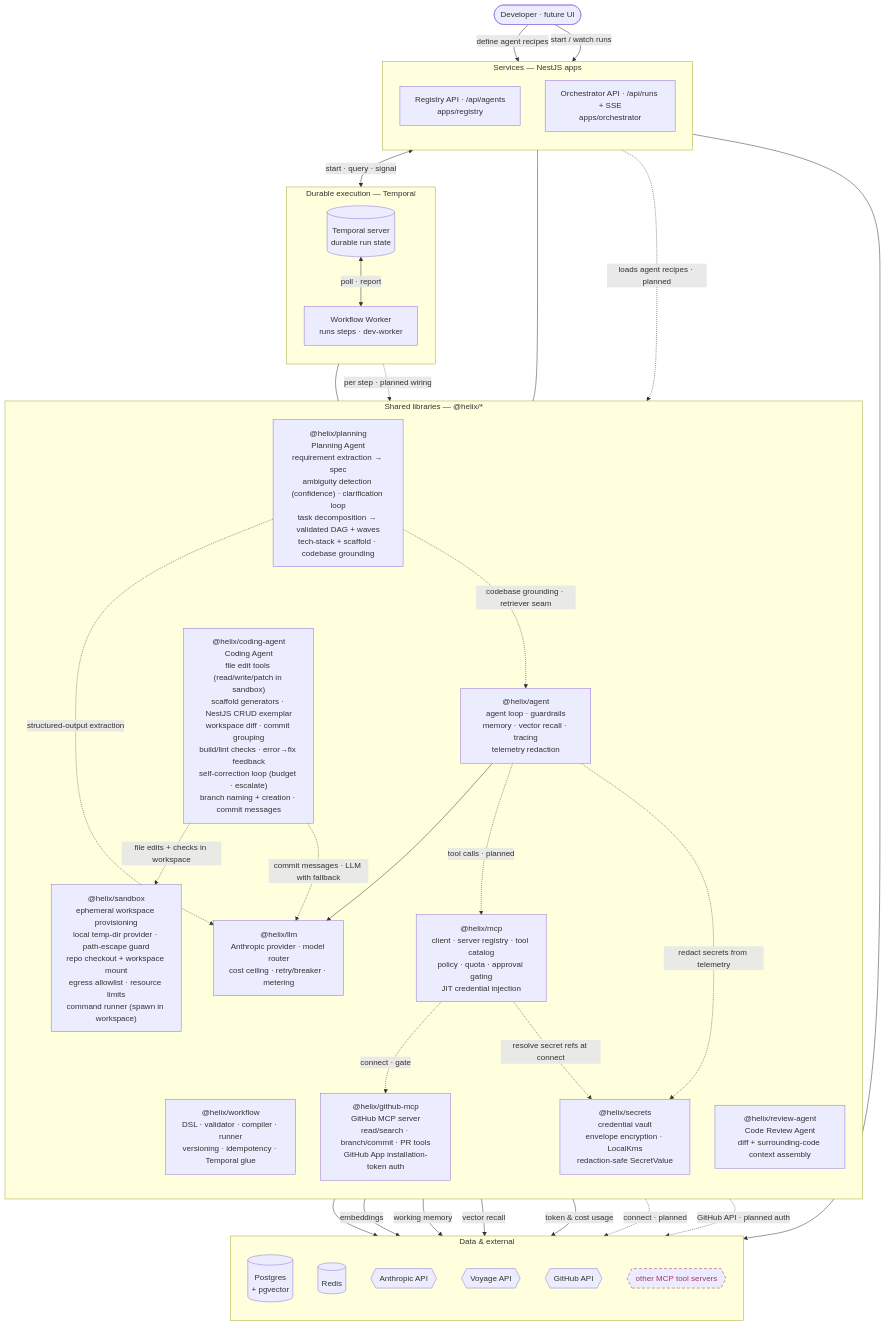
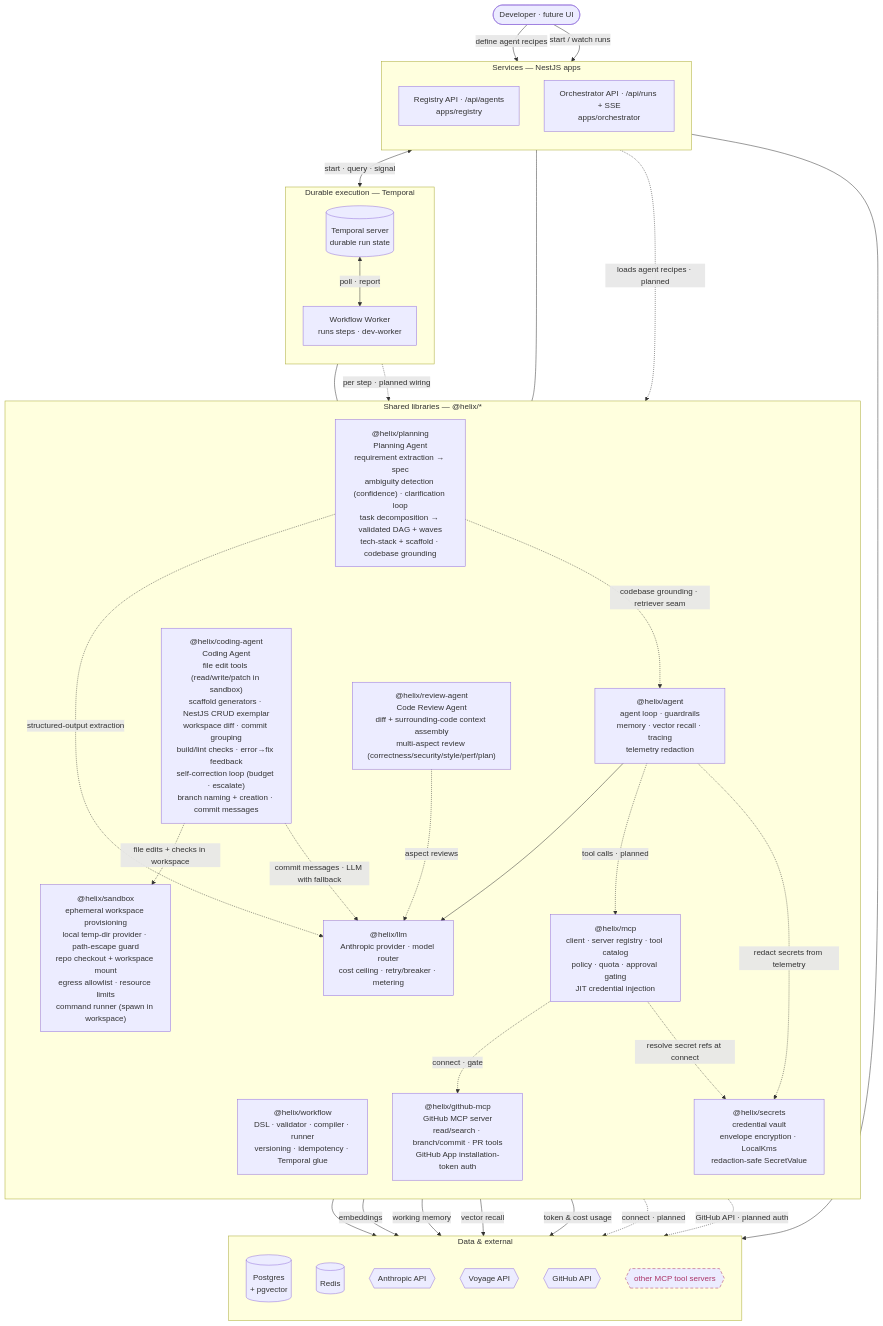
The first of 2 diagrams in docs/ARCHITECTURE.md (shhashhank/helix), drawn with Mermaid before and after one commit. The commit also changed 4 other files, not shown here.

First line of the commit message:
HELIX-112: multi-aspect review prompts (#74)

````diff
--- a/docs/ARCHITECTURE.md
+++ b/docs/ARCHITECTURE.md
@@ -16,69 +16,70 @@
 ```mermaid
 flowchart TB
   user([Developer · future UI])
 
   subgraph svc["Services — NestJS apps"]
     direction TB
     reg["Registry API · /api/agents<br/>apps/registry"]
     orc["Orchestrator API · /api/runs + SSE<br/>apps/orchestrator"]
   end
 
   subgraph dur["Durable execution — Temporal"]
     direction TB
     tmp[("Temporal server<br/>durable run state")]
     wkr["Workflow Worker<br/>runs steps · dev-worker"]
   end
 
   subgraph lib["Shared libraries — @helix/*"]
     direction TB
     wf["@helix/workflow<br/>DSL · validator · compiler · runner<br/>versioning · idempotency · Temporal glue"]
     ag["@helix/agent<br/>agent loop · guardrails<br/>memory · vector recall · tracing<br/>telemetry redaction"]
     lm["@helix/llm<br/>Anthropic provider · model router<br/>cost ceiling · retry/breaker · metering"]
     mc["@helix/mcp<br/>client · server registry · tool catalog<br/>policy · quota · approval gating<br/>JIT credential injection"]
     gh["@helix/github-mcp<br/>GitHub MCP server<br/>read/search · branch/commit · PR tools<br/>GitHub App installation-token auth"]
     sec["@helix/secrets<br/>credential vault<br/>envelope encryption · LocalKms<br/>redaction-safe SecretValue"]
     pl["@helix/planning<br/>Planning Agent<br/>requirement extraction → spec<br/>ambiguity detection (confidence) · clarification loop<br/>task decomposition → validated DAG + waves<br/>tech-stack + scaffold · codebase grounding"]
     sbx["@helix/sandbox<br/>ephemeral workspace provisioning<br/>local temp-dir provider · path-escape guard<br/>repo checkout + workspace mount<br/>egress allowlist · resource limits<br/>command runner (spawn in workspace)"]
     cag["@helix/coding-agent<br/>Coding Agent<br/>file edit tools (read/write/patch in sandbox)<br/>scaffold generators · NestJS CRUD exemplar<br/>workspace diff · commit grouping<br/>build/lint checks · error→fix feedback<br/>self-correction loop (budget · escalate)<br/>branch naming + creation · commit messages"]
-    rev["@helix/review-agent<br/>Code Review Agent<br/>diff + surrounding-code context assembly"]
+    rev["@helix/review-agent<br/>Code Review Agent<br/>diff + surrounding-code context assembly<br/>multi-aspect review (correctness/security/style/perf/plan)"]
   end
 
   subgraph dat["Data & external"]
     direction TB
     pg[("Postgres<br/>+ pgvector")]
     rd[("Redis")]
     an{{Anthropic API}}
     vo{{Voyage API}}
     gha{{GitHub API}}
     ext{{other MCP tool servers}}
   end
 
   user -->|define agent recipes| reg
   user -->|start / watch runs| orc
   reg --> pg
   orc <-->|start · query · signal| tmp
   tmp <-->|poll · report| wkr
   wkr --- wf
   orc --- wf
   wkr -.->|per step · planned wiring| ag
   reg -.->|loads agent recipes · planned| ag
   ag --> lm
   ag -.->|tool calls · planned| mc
   lm --> an
   ag -->|embeddings| vo
   ag -->|working memory| rd
   ag -->|vector recall| pg
   lm -->|token & cost usage| pg
   mc -.->|connect · gate| gh
   mc -.->|connect · planned| ext
   mc -.->|resolve secret refs at connect| sec
   ag -.->|redact secrets from telemetry| sec
   pl -.->|structured-output extraction| lm
   pl -.->|codebase grounding · retriever seam| ag
   cag -.->|file edits + checks in workspace| sbx
   cag -.->|commit messages · LLM with fallback| lm
+  rev -.->|aspect reviews| lm
   gh -.->|GitHub API · planned auth| gha
 
   classDef planned stroke-dasharray:6 4,stroke:#a36,color:#a36;
   class ext planned;
 ```
````
